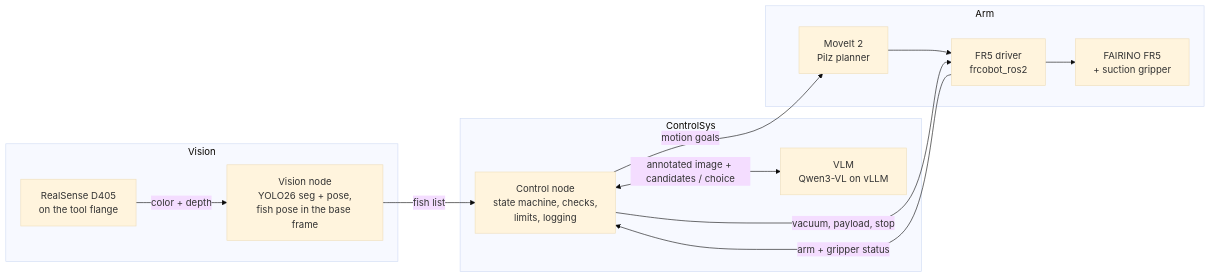
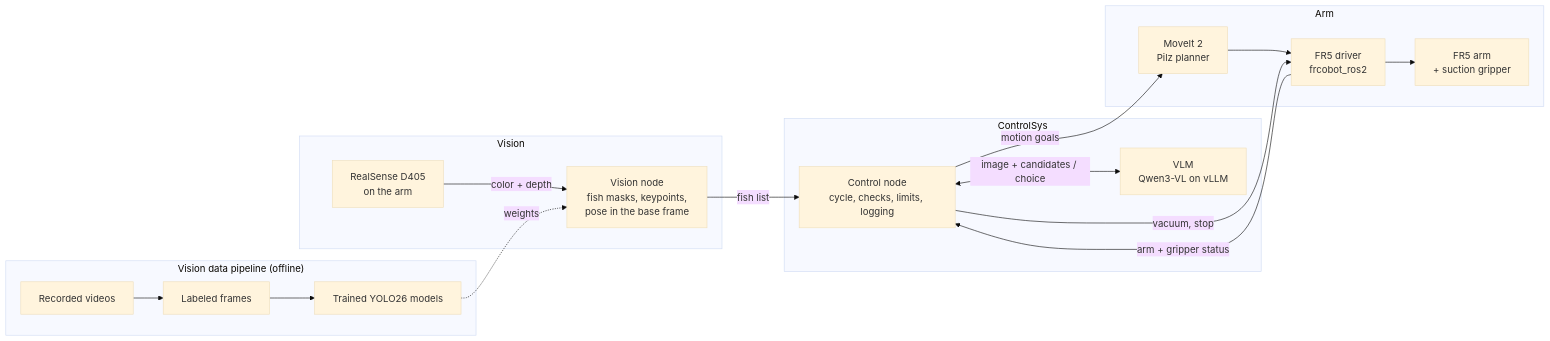
One commit to Rokawoo/RoboticFishProcessing changed the diagram in README.md. Above: the diagram before and after it, drawn with Mermaid (base theme). The commit also changed other lines of this file and 2 other files, not shown here.

Commit message:
Logo, system diagram and a shorter README

````diff
--- a/README.md
+++ b/README.md
@@ -25,17 +17,20 @@
 ```mermaid
 flowchart LR
+    subgraph Data["Vision data pipeline (offline)"]
+        REC["Recorded videos"] --> LAB["Labeled frames"] --> MOD["Trained YOLO26 models"]
+    end
     subgraph Vision
-        CAM["RealSense D405<br/>on the tool flange"] -->|"color + depth"| VN["Vision node<br/>YOLO26 seg + pose,<br/>fish pose in the base frame"]
+        CAM["RealSense D405<br/>on the arm"] -->|"color + depth"| VN["Vision node<br/>fish masks, keypoints,<br/>pose in the base frame"]
     end
     subgraph ControlSys
-        CN["Control node<br/>state machine, checks,<br/>limits, logging"] <-->|"annotated image + candidates / choice"| VLM["VLM<br/>Qwen3-VL on vLLM"]
+        CN["Control node<br/>cycle, checks, limits, logging"] <-->|"image + candidates / choice"| VLM["VLM<br/>Qwen3-VL on vLLM"]
     end
     subgraph Arm
-        MI["MoveIt 2<br/>Pilz planner"] --> DRV["FR5 driver<br/>frcobot_ros2"]
-        DRV --> FR5["FAIRINO FR5<br/>+ suction gripper"]
+        MI["MoveIt 2<br/>Pilz planner"] --> DRV["FR5 driver<br/>frcobot_ros2"] --> FR5["FR5 arm<br/>+ suction gripper"]
     end
+    MOD -.->|"weights"| VN
     VN -->|"fish list"| CN
     CN -->|"motion goals"| MI
-    CN -->|"vacuum, payload, stop"| DRV
+    CN -->|"vacuum, stop"| DRV
     DRV -->|"arm + gripper status"| CN
 ```
````
